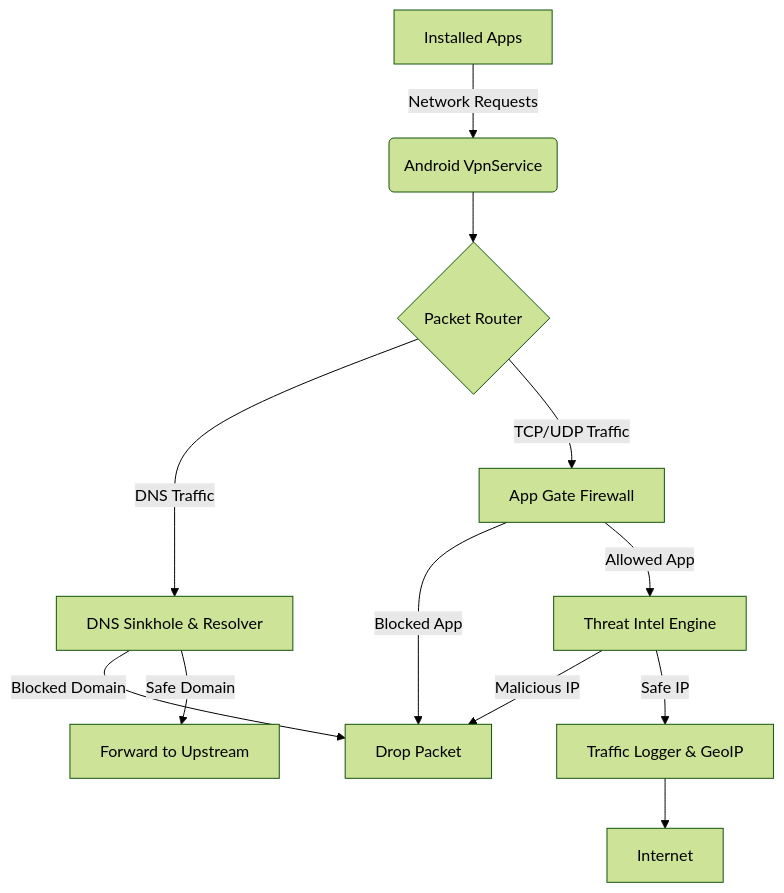
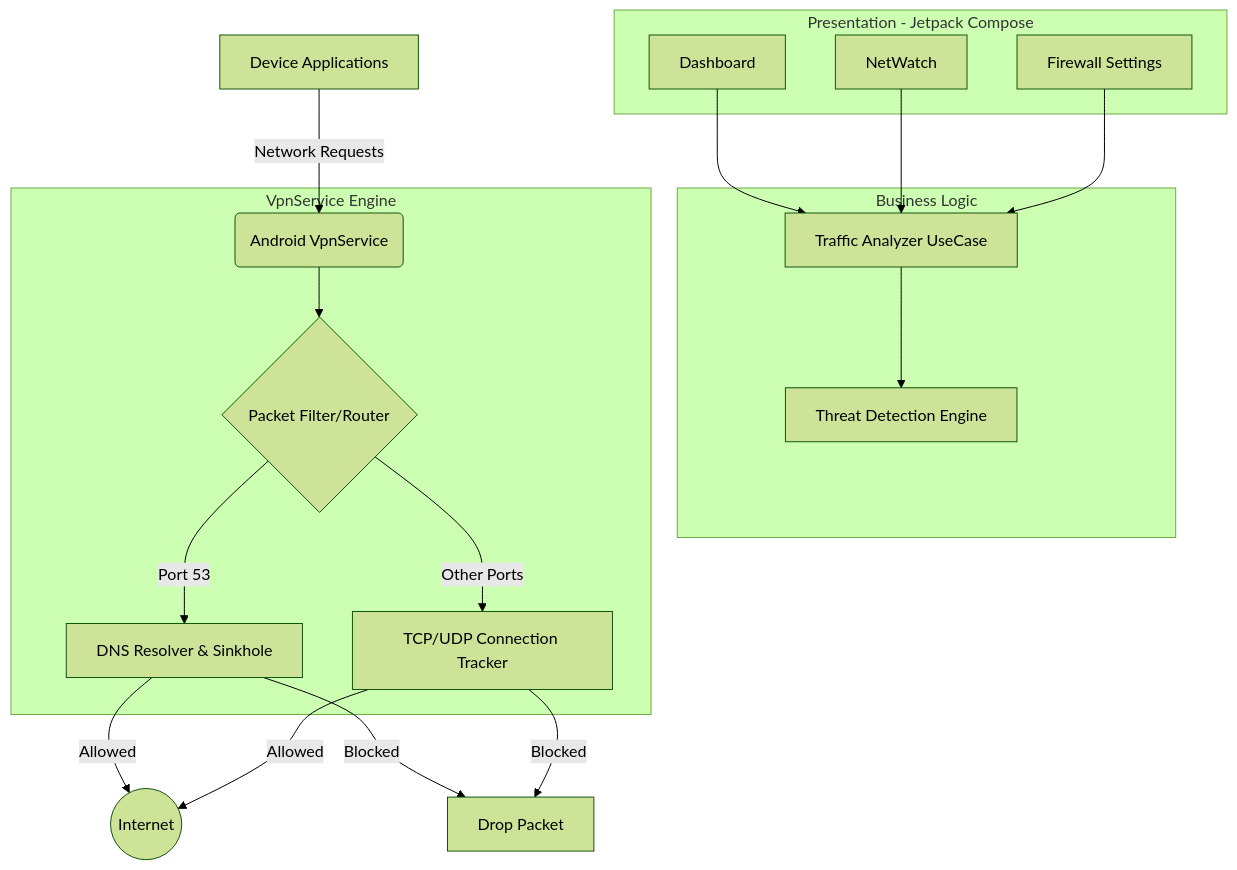
The diagram in README.md (M-Fahim-Feroz/GateKeeper-Mobile), drawn with Mermaid (forest theme) before and after one commit. The commit also changed other lines of this file, not shown here.

````diff
--- a/README.md
+++ b/README.md
@@ -86,17 +69,34 @@
 ```mermaid
 graph TD
-    A[Installed Apps] -->|Network Requests| B(Android VpnService)
-    B --> C{Packet Router}
+    subgraph UI Layer [Presentation - Jetpack Compose]
+        A[Dashboard]
+        B[NetWatch]
+        C[Firewall Settings]
+    end
+
+    subgraph Domain Layer [Business Logic]
+        D[Traffic Analyzer UseCase]
+        E[Threat Detection Engine]
+    end
+
+    subgraph Network Layer [VpnService Engine]
+        F(Android VpnService)
+        G{Packet Filter/Router}
+        H[DNS Resolver & Sinkhole]
+        I[TCP/UDP Connection Tracker]
+    end
+
+    A & B & C --> D
+    D --> E
     
-    C -->|DNS Traffic| D[DNS Sinkhole & Resolver]
-    D -->|Blocked Domain| E[Drop Packet]
-    D -->|Safe Domain| F[Forward to Upstream]
+    Apps[Device Applications] -->|Network Requests| F
+    F --> G
+    G -->|Port 53| H
+    G -->|Other Ports| I
     
-    C -->|TCP/UDP Traffic| G[App Gate Firewall]
-    G -->|Blocked App| E
-    G -->|Allowed App| H[Threat Intel Engine]
+    H -->|Allowed| Internet((Internet))
+    I -->|Allowed| Internet
     
-    H -->|Malicious IP| E
-    H -->|Safe IP| I[Traffic Logger & GeoIP]
-    I --> J[Internet]
+    H -->|Blocked| Drop[Drop Packet]
+    I -->|Blocked| Drop
 ```
````
